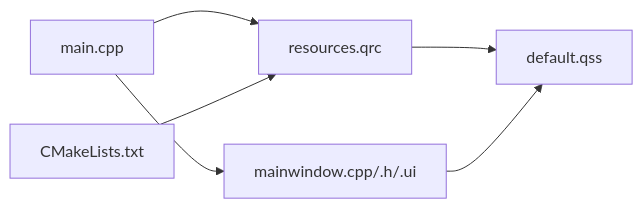
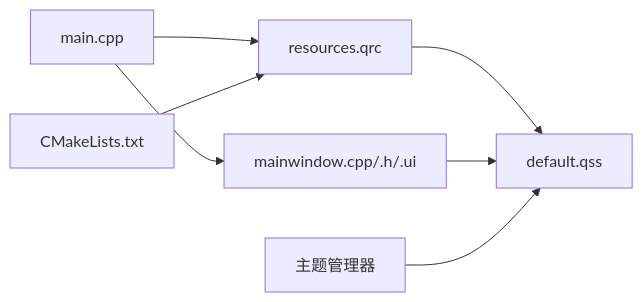
Before and after one commit to jakecai1225-design/OpenBus: the third of 4 diagrams in .qoder/repowiki/zh/content/样式系统.md, drawn with Mermaid. The commit also changed other lines of this file and 29 other files, not shown here.

````diff
--- a/.qoder/repowiki/zh/content/样式系统.md
+++ b/.qoder/repowiki/zh/content/样式系统.md
@@ -183,8 +199,9 @@
 ```mermaid
 graph LR
 Main["main.cpp"] --> QRC["resources.qrc"]
 QRC --> QSS["default.qss"]
 Main --> UI["mainwindow.cpp/.h/.ui"]
 CMake["CMakeLists.txt"] --> QRC
 UI --> QSS
+ThemeMgr["主题管理器"] --> QSS
 ```
````
